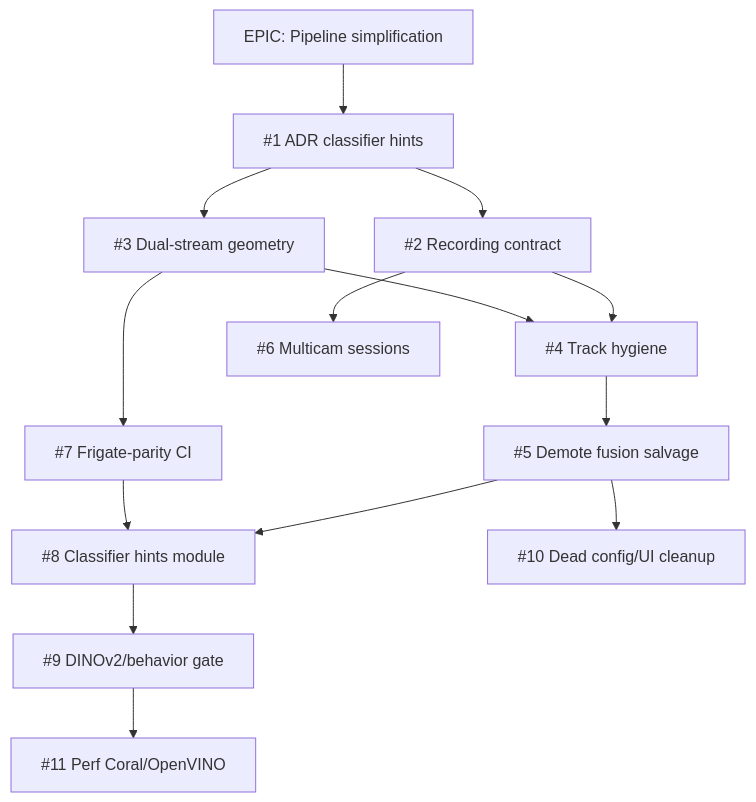
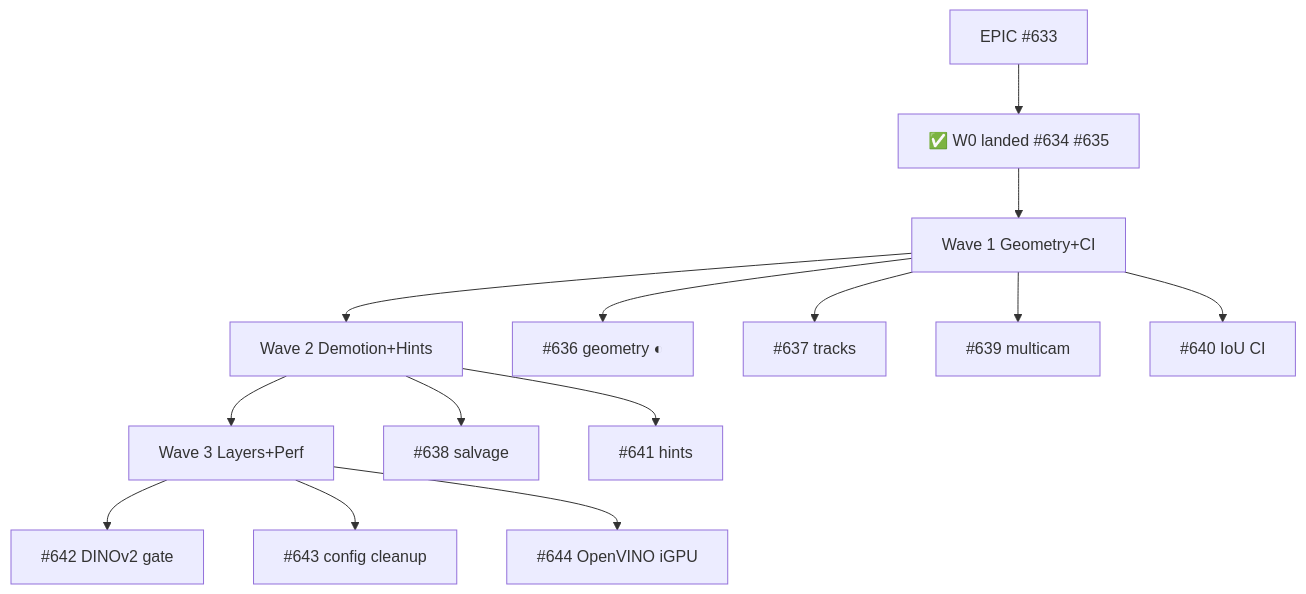
Before and after one commit to Gfermoto/BirdLense-Hub: the first of 2 diagrams in docs/strategy/pipeline_simplification_plan.md, drawn with Mermaid. The commit also changed other lines of this file, not shown here.

First line of the commit message:
docs(strategy): consolidate EPIC #633 waves after W0 landing

````diff
--- a/docs/strategy/pipeline_simplification_plan.md
+++ b/docs/strategy/pipeline_simplification_plan.md
@@ -80,29 +83,32 @@
 ```mermaid
 flowchart TB
-  EPIC["EPIC: Pipeline simplification"]
-  I1["#1 ADR classifier hints"]
-  I2["#2 Recording contract"]
-  I3["#3 Dual-stream geometry"]
-  I4["#4 Track hygiene"]
-  I5["#5 Demote fusion salvage"]
-  I6["#6 Multicam sessions"]
-  I7["#7 Frigate-parity CI"]
-  I8["#8 Classifier hints module"]
-  I9["#9 DINOv2/behavior gate"]
-  I10["#10 Dead config/UI cleanup"]
-  I11["#11 Perf Coral/OpenVINO"]
+  EPIC["EPIC #633"]
+  DONE["✅ W0 landed #634 #635"]
+  W1["Wave 1 Geometry+CI"]
+  W2["Wave 2 Demotion+Hints"]
+  W3["Wave 3 Layers+Perf"]
 
-  EPIC --> I1
-  I1 --> I2
-  I1 --> I3
-  I2 --> I4
-  I3 --> I4
-  I4 --> I5
-  I2 --> I6
-  I3 --> I7
-  I5 --> I8
-  I7 --> I8
-  I8 --> I9
-  I5 --> I10
-  I9 --> I11
+  I636["#636 geometry ◐"]
+  I637["#637 tracks"]
+  I639["#639 multicam"]
+  I640["#640 IoU CI"]
+  I638["#638 salvage"]
+  I641["#641 hints"]
+  I642["#642 DINOv2 gate"]
+  I643["#643 config cleanup"]
+  I644["#644 OpenVINO iGPU"]
+
+  EPIC --> DONE
+  DONE --> W1
+  W1 --> I636
+  W1 --> I637
+  W1 --> I639
+  W1 --> I640
+  W1 --> W2
+  W2 --> I638
+  W2 --> I641
+  W2 --> W3
+  W3 --> I642
+  W3 --> I643
+  W3 --> I644
 ```
````
